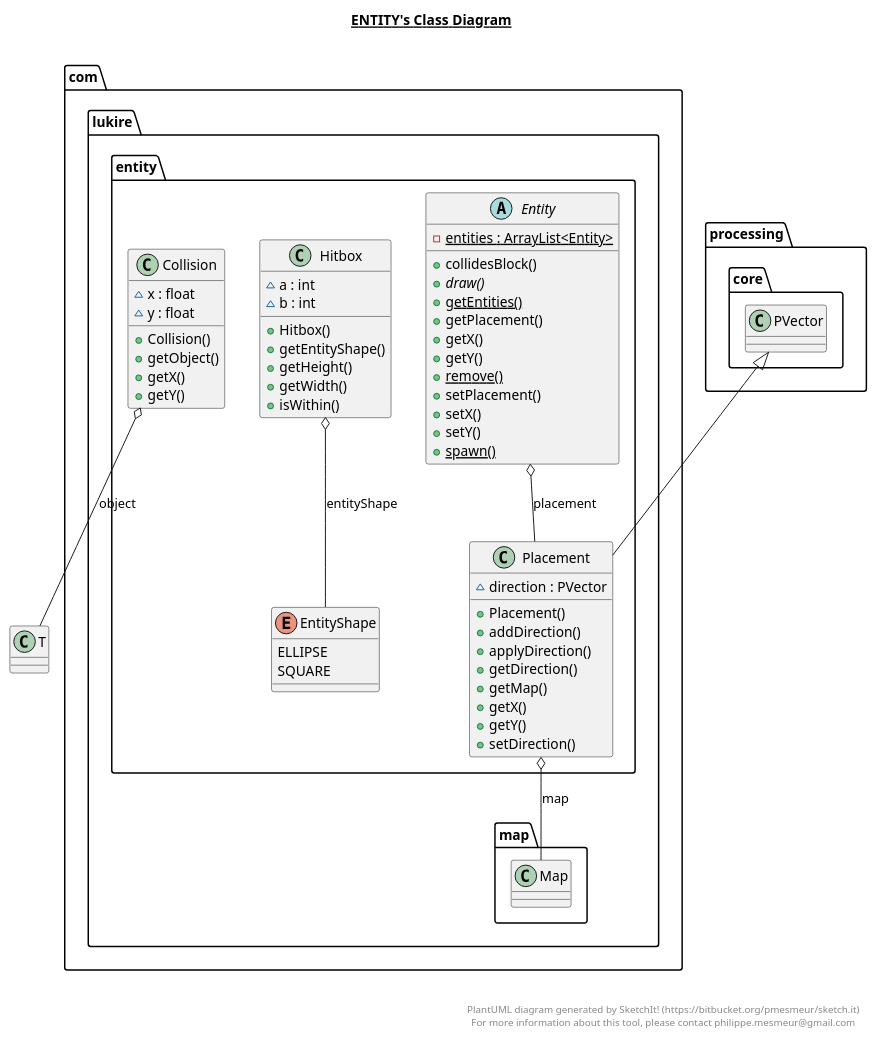
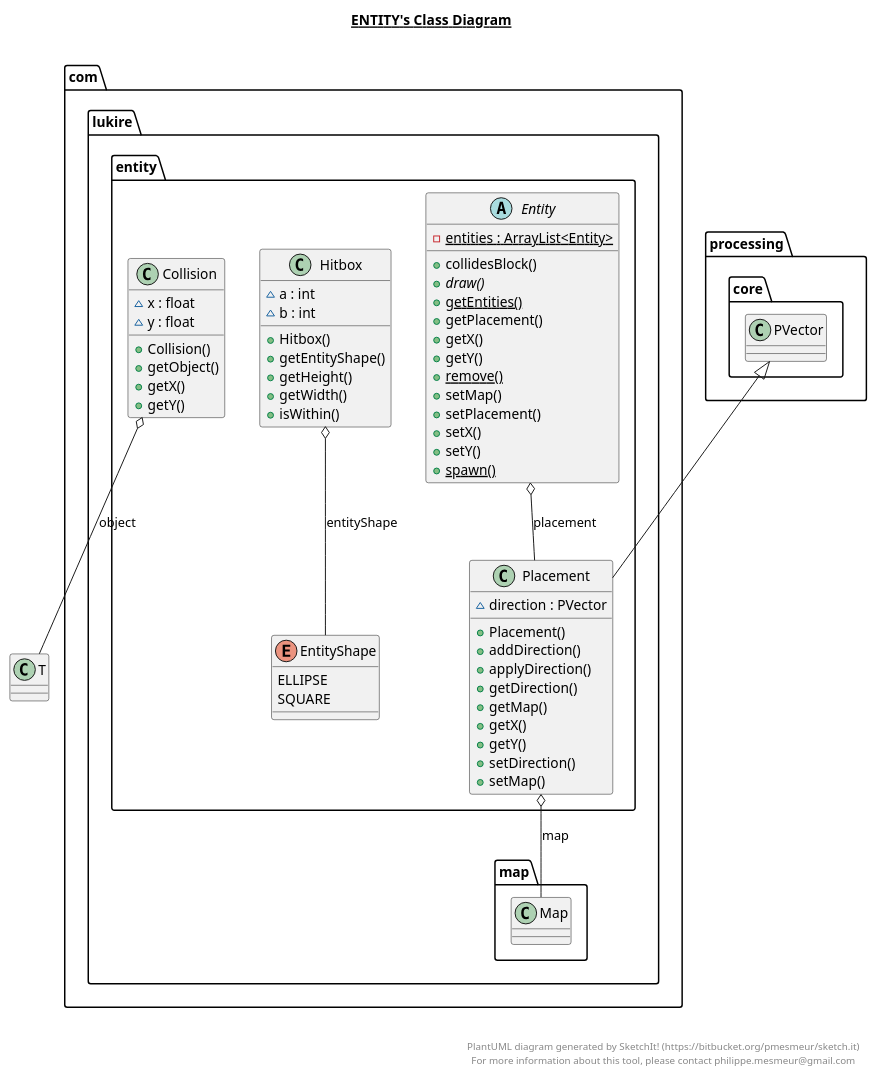
The diagram in src/main/java/com/lukire/entity/entity.plantuml (Lukires/school_cannon), drawn with PlantUML before and after one commit. The commit also changed 115 other files, not shown here.

```diff
--- a/src/main/java/com/lukire/entity/entity.plantuml
+++ b/src/main/java/com/lukire/entity/entity.plantuml
@@ -1,85 +1,87 @@
 @startuml
 
 title __ENTITY's Class Diagram__\n
 
   namespace com.lukire.entity {
     class com.lukire.entity.Collision {
         ~ x : float
         ~ y : float
         + Collision()
         + getObject()
         + getX()
         + getY()
     }
   }
   
 
   namespace com.lukire.entity {
     abstract class com.lukire.entity.Entity {
         {static} - entities : ArrayList<Entity>
         + collidesBlock()
         {abstract} + draw()
         {static} + getEntities()
         + getPlacement()
         + getX()
         + getY()
         {static} + remove()
+        + setMap()
         + setPlacement()
         + setX()
         + setY()
         {static} + spawn()
     }
   }
   
 
   namespace com.lukire.entity {
     enum EntityShape {
       ELLIPSE
       SQUARE
     }
   }
   
 
   namespace com.lukire.entity {
     class com.lukire.entity.Hitbox {
         ~ a : int
         ~ b : int
         + Hitbox()
         + getEntityShape()
         + getHeight()
         + getWidth()
         + isWithin()
     }
   }
   
 
   namespace com.lukire.entity {
     class com.lukire.entity.Placement {
         ~ direction : PVector
         + Placement()
         + addDirection()
         + applyDirection()
         + getDirection()
         + getMap()
         + getX()
         + getY()
         + setDirection()
+        + setMap()
     }
   }
   
 
   com.lukire.entity.Collision o-- T : object
   com.lukire.entity.Entity o-- com.lukire.entity.Placement : placement
   com.lukire.entity.Hitbox o-- com.lukire.entity.EntityShape : entityShape
   com.lukire.entity.Placement -up-|> processing.core.PVector
   com.lukire.entity.Placement o-- com.lukire.map.Map : map
 
 
 right footer
 
 
 PlantUML diagram generated by SketchIt! (https://bitbucket.org/pmesmeur/sketch.it)
 For more information about this tool, please contact philippe.mesmeur@gmail.com
 endfooter
 
 @enduml
```
